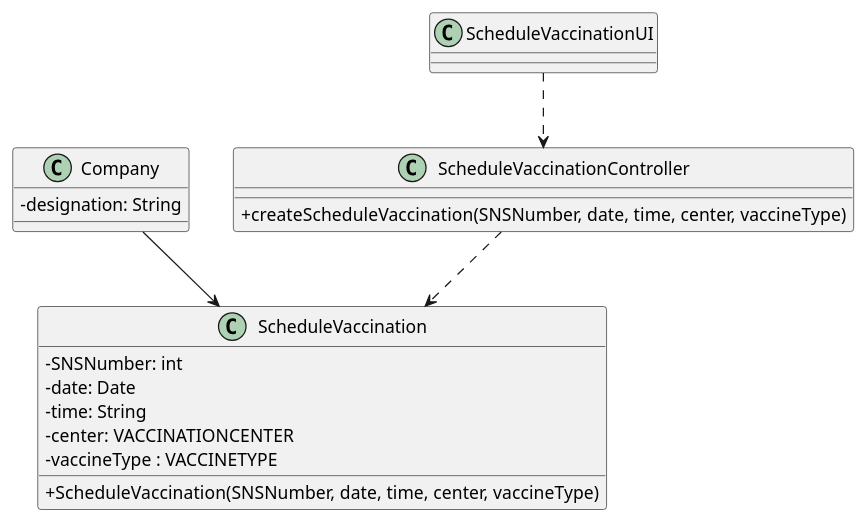
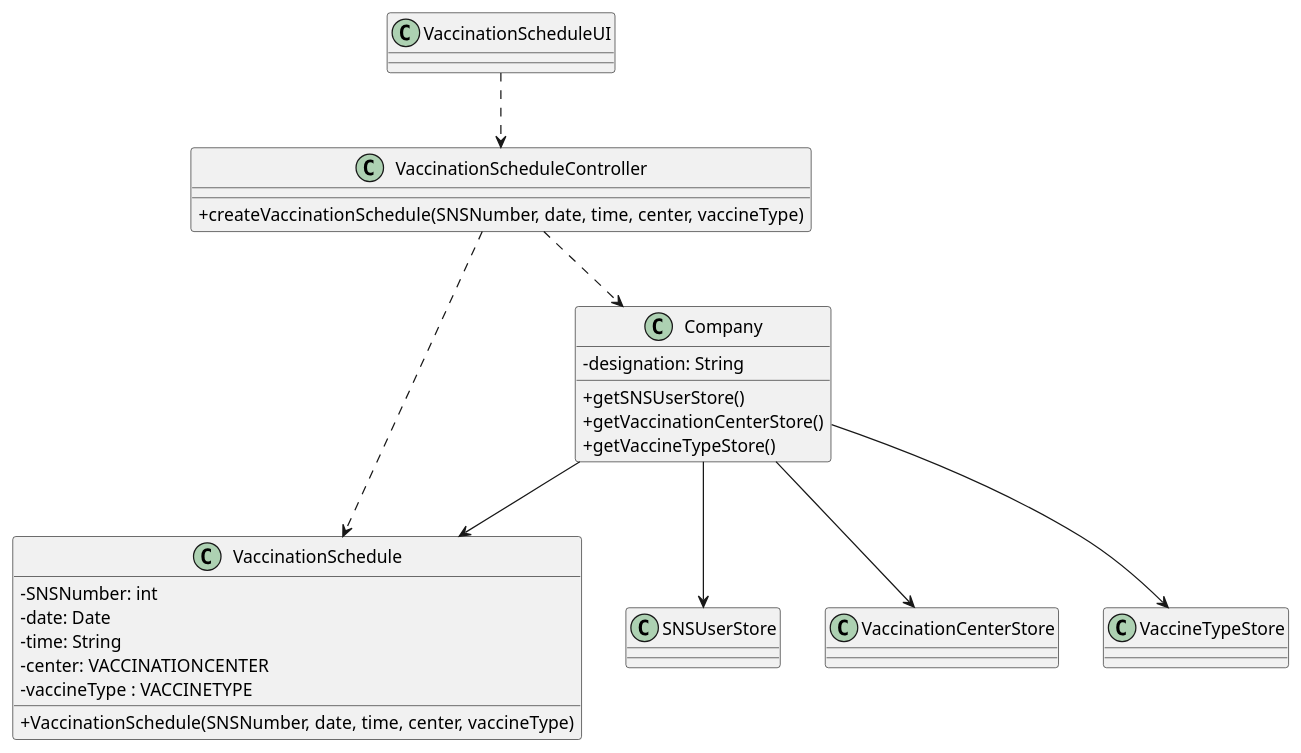
The diagram in docs/SprintC/US02/CD/US02_CD.puml (miseEnPlace-i/lapr2), drawn with PlantUML before and after one commit.

Commit message:
docs(US09): updated CD

```diff
--- a/docs/SprintC/US02/CD/US02_CD.puml
+++ b/docs/SprintC/US02/CD/US02_CD.puml
@@ -1,30 +1,42 @@
 @startuml US02_CD
 skinparam classAttributeIconSize 0
 
-class ScheduleVaccination {
+class VaccinationSchedule {
   - SNSNumber: int
   - date: Date
   - time: String
   - center: VACCINATIONCENTER
   - vaccineType : VACCINETYPE
-  +ScheduleVaccination(SNSNumber, date, time, center, vaccineType)
+  +VaccinationSchedule(SNSNumber, date, time, center, vaccineType)
 }
 
 
 class Company {
   -designation: String
-  
+  +getSNSUserStore()
+  +getVaccinationCenterStore()
+  +getVaccineTypeStore()
 }
 
-class ScheduleVaccinationController {
-  +createScheduleVaccination(SNSNumber, date, time, center, vaccineType)
+class VaccinationScheduleController {
+  +createVaccinationSchedule(SNSNumber, date, time, center, vaccineType)
 }
 
-class ScheduleVaccinationUI {}
+class VaccinationScheduleUI {}
 
-ScheduleVaccinationUI ..> ScheduleVaccinationController
-ScheduleVaccinationController ..> ScheduleVaccination
-Company --> ScheduleVaccination
+class SNSUserStore {}
+
+class VaccinationCenterStore {}
+
+class VaccineTypeStore {}
+
+VaccinationScheduleUI ..> VaccinationScheduleController
+VaccinationScheduleController ..> VaccinationSchedule
+VaccinationScheduleController ..> Company
+Company --> VaccinationSchedule
+Company --> SNSUserStore
+Company --> VaccinationCenterStore
+Company --> VaccineTypeStore
 
 
 @enduml
```
